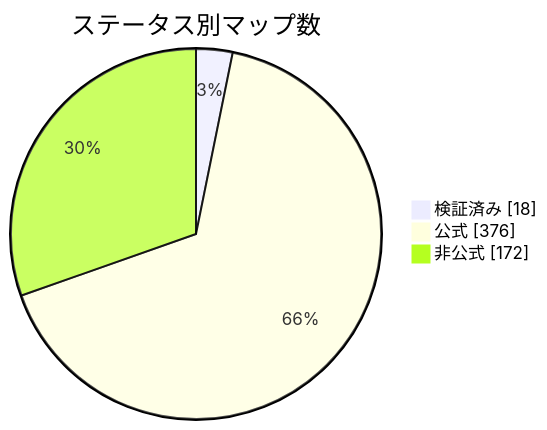
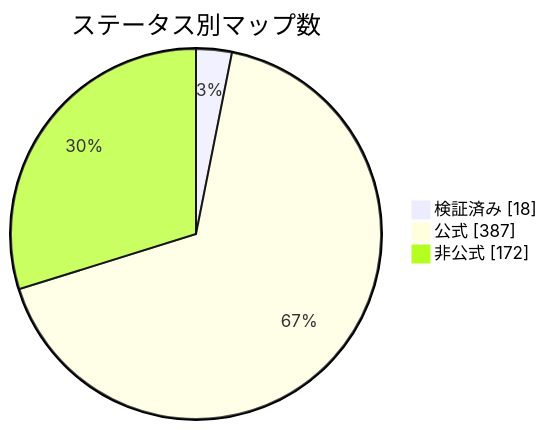
Before and after one commit to nobrega8/mbmap-library: the diagram in docs/readme/README_JP.md, drawn with Mermaid. The commit also changed 15 other files, not shown here.

````diff
--- a/docs/readme/README_JP.md
+++ b/docs/readme/README_JP.md
@@ -54,7 +54,7 @@
 ```mermaid
 pie showData
     title ステータス別マップ数
     "検証済み" : 18
-    "公式" : 376
+    "公式" : 387
     "非公式" : 172
 ```
````
